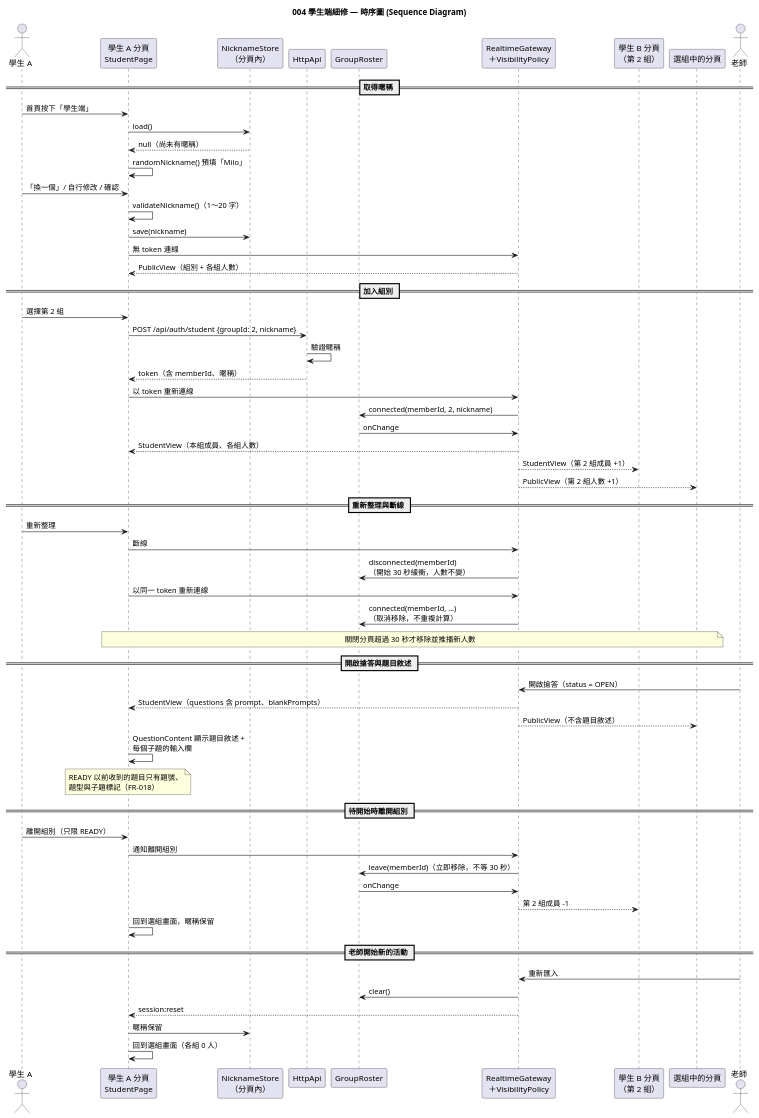
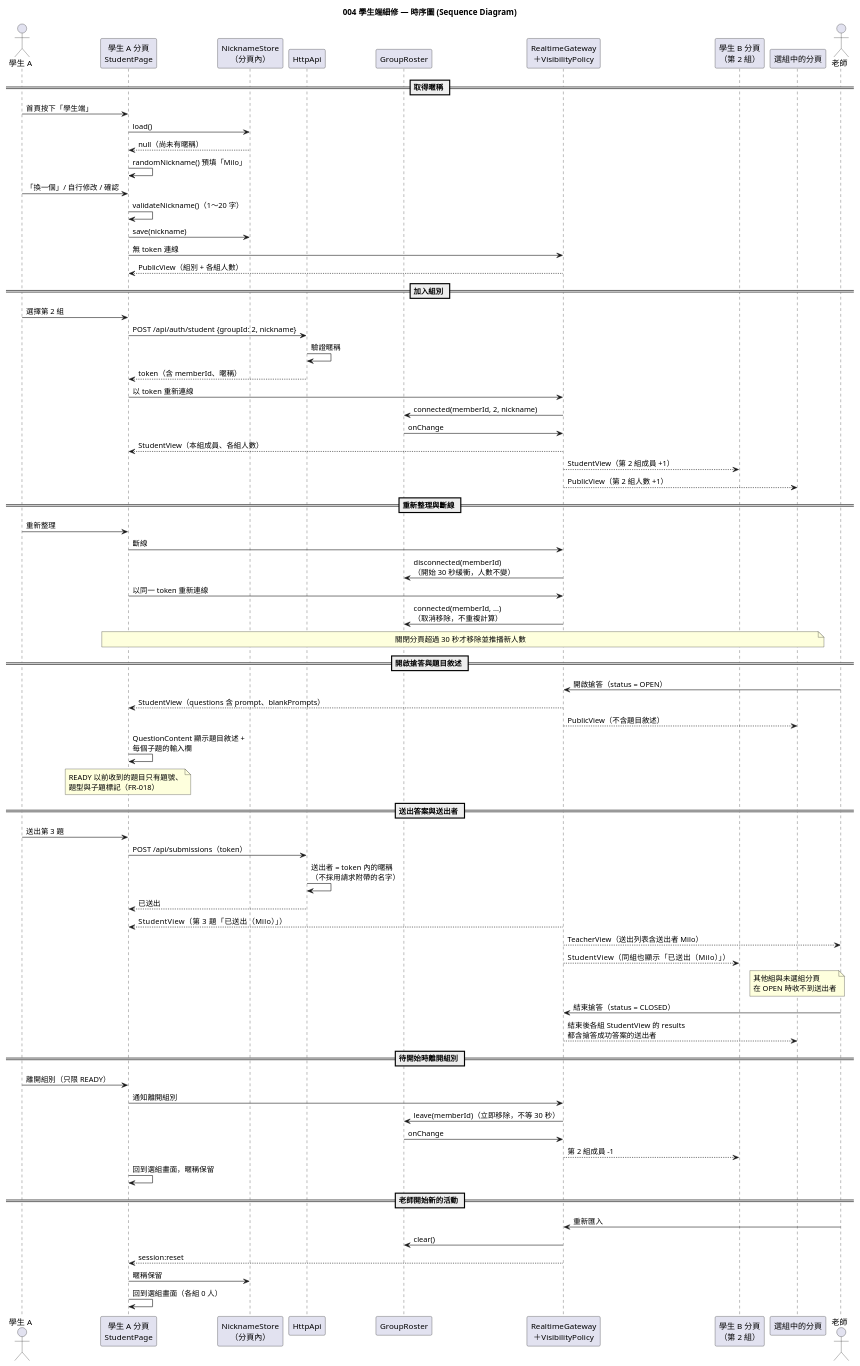
The diagram in diagrams/004-student-side-refinements-sequence.puml (kevin20694569/classroom_response_system), drawn with PlantUML before and after one commit. The commit also changed 7 other files, not shown here.

```diff
--- a/diagrams/004-student-side-refinements-sequence.puml
+++ b/diagrams/004-student-side-refinements-sequence.puml
@@ -1,68 +1,80 @@
 @startuml 004-student-side-refinements-sequence
 ' 子功能 004：學生端細修 — 時序圖
 skinparam defaultFontName "PingFang TC"
 title 004 學生端細修 — 時序圖 (Sequence Diagram)
 
 actor "學生 A" as A
 participant "學生 A 分頁\nStudentPage" as PageA
 participant "NicknameStore\n（分頁內）" as Store
 participant "HttpApi" as Http
 participant "GroupRoster" as Roster
 participant "RealtimeGateway\n＋VisibilityPolicy" as RT
 participant "學生 B 分頁\n（第 2 組）" as PageB
 participant "選組中的分頁" as PageC
 actor "老師" as T
 
 == 取得暱稱 ==
 A -> PageA : 首頁按下「學生端」
 PageA -> Store : load()
 Store --> PageA : null（尚未有暱稱）
 PageA -> PageA : randomNickname() 預填「Milo」
 A -> PageA : 「換一個」/ 自行修改 / 確認
 PageA -> PageA : validateNickname()（1～20 字）
 PageA -> Store : save(nickname)
 PageA -> RT : 無 token 連線
 RT --> PageA : PublicView（組別 + 各組人數）
 
 == 加入組別 ==
 A -> PageA : 選擇第 2 組
 PageA -> Http : POST /api/auth/student {groupId: 2, nickname}
 Http -> Http : 驗證暱稱
 Http --> PageA : token（含 memberId、暱稱）
 PageA -> RT : 以 token 重新連線
 RT -> Roster : connected(memberId, 2, nickname)
 Roster -> RT : onChange
 RT --> PageA : StudentView（本組成員、各組人數）
 RT --> PageB : StudentView（第 2 組成員 +1）
 RT --> PageC : PublicView（第 2 組人數 +1）
 
 == 重新整理與斷線 ==
 A -> PageA : 重新整理
 PageA -> RT : 斷線
 RT -> Roster : disconnected(memberId)\n（開始 30 秒緩衝，人數不變）
 PageA -> RT : 以同一 token 重新連線
 RT -> Roster : connected(memberId, ...)\n（取消移除，不重複計算）
 note over PageA, PageC : 關閉分頁超過 30 秒才移除並推播新人數
 
 == 開啟搶答與題目敘述 ==
 T -> RT : 開啟搶答（status = OPEN）
 RT --> PageA : StudentView（questions 含 prompt、blankPrompts）
 RT --> PageC : PublicView（不含題目敘述）
 PageA -> PageA : QuestionContent 顯示題目敘述 +\n每個子題的輸入欄
 note over PageA : READY 以前收到的題目只有題號、\n題型與子題標記（FR-018）
 
+== 送出答案與送出者 ==
+A -> PageA : 送出第 3 題
+PageA -> Http : POST /api/submissions（token）
+Http -> Http : 送出者 = token 內的暱稱\n（不採用請求附帶的名字）
+Http --> PageA : 已送出
+RT --> PageA : StudentView（第 3 題「已送出（Milo）」）
+RT --> T : TeacherView（送出列表含送出者 Milo）
+RT --> PageB : StudentView（同組也顯示「已送出（Milo）」）
+note over PageC : 其他組與未選組分頁\n在 OPEN 時收不到送出者
+T -> RT : 結束搶答（status = CLOSED）
+RT --> PageC : 結束後各組 StudentView 的 results\n都含搶答成功答案的送出者
+
 == 待開始時離開組別 ==
 A -> PageA : 離開組別（只限 READY）
 PageA -> RT : 通知離開組別
 RT -> Roster : leave(memberId)（立即移除，不等 30 秒）
 Roster -> RT : onChange
 RT --> PageB : 第 2 組成員 -1
 PageA -> PageA : 回到選組畫面，暱稱保留
 
 == 老師開始新的活動 ==
 T -> RT : 重新匯入
 RT -> Roster : clear()
 RT --> PageA : session:reset
 PageA -> Store : 暱稱保留
 PageA -> PageA : 回到選組畫面（各組 0 人）
 @enduml
```
